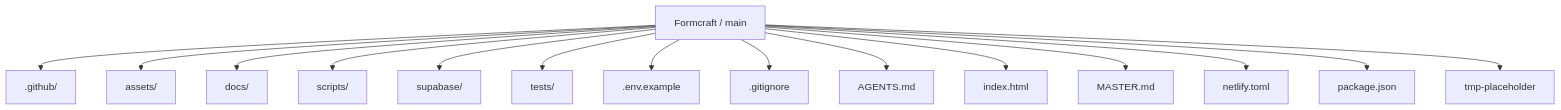
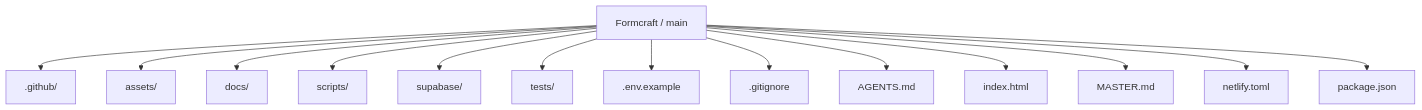
Before and after one commit to Nischhalsubba/Formcraft: the first of 23 diagrams in README.md, drawn with Mermaid. The commit also changed other lines of this file, not shown here.

````diff
--- a/README.md
+++ b/README.md
@@ -56,18 +56,17 @@
 ```mermaid
 flowchart TD
     ROOT["Formcraft / main"]
     ROOT --> P0[".github/"]
     ROOT --> P1["assets/"]
     ROOT --> P2["docs/"]
     ROOT --> P3["scripts/"]
     ROOT --> P4["supabase/"]
     ROOT --> P5["tests/"]
     ROOT --> P6[".env.example"]
     ROOT --> P7[".gitignore"]
     ROOT --> P8["AGENTS.md"]
     ROOT --> P9["index.html"]
     ROOT --> P10["MASTER.md"]
     ROOT --> P11["netlify.toml"]
     ROOT --> P12["package.json"]
-    ROOT --> P13["tmp-placeholder"]
 ```
````
